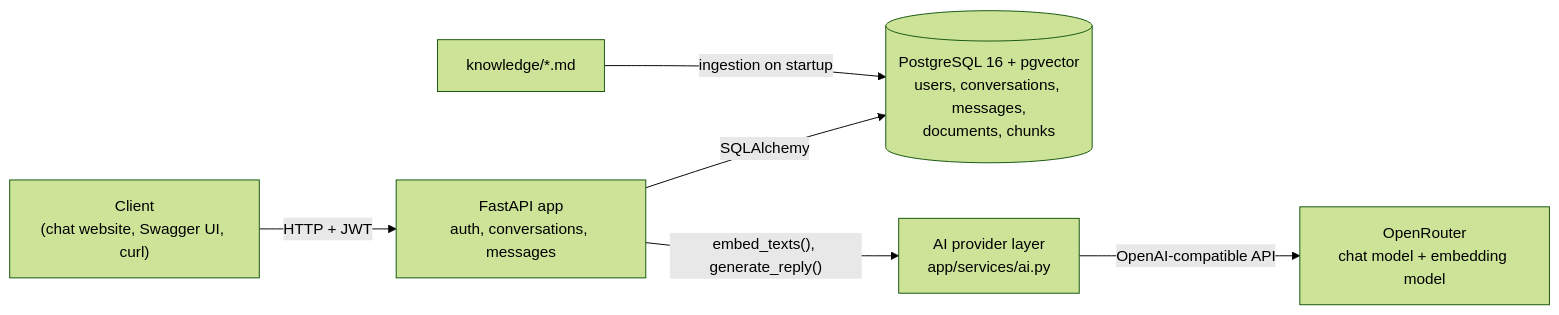
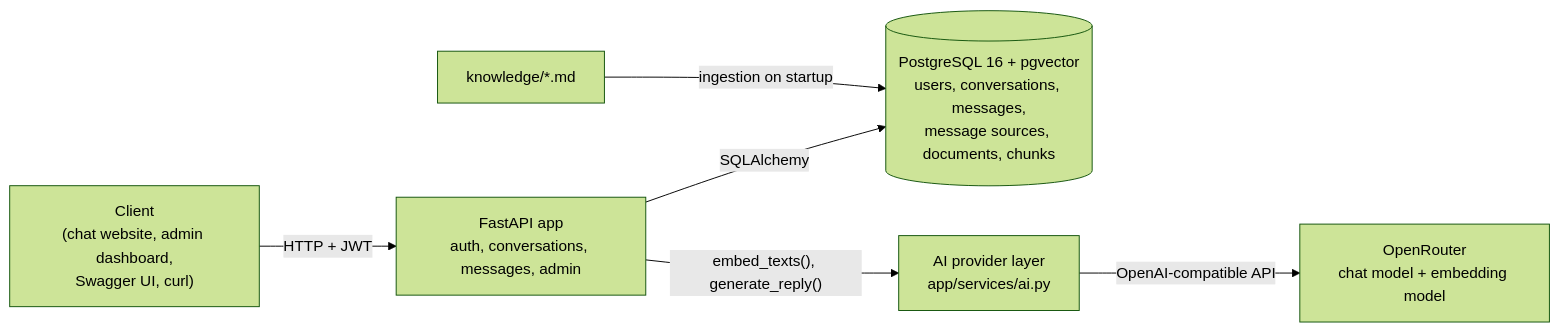
One commit to Techy-Pabs/shopassist changed the diagram in README.md. Above: the diagram before and after it, drawn with Mermaid (forest theme). The commit also changed other lines of this file and 5 other files, not shown here.

````diff
--- a/README.md
+++ b/README.md
@@ -63,15 +212,15 @@
 ```mermaid
 flowchart LR
-    Client["Client<br/>(chat website, Swagger UI, curl)"]
-    API["FastAPI app<br/>auth, conversations, messages"]
-    DB[("PostgreSQL 16 + pgvector<br/>users, conversations, messages,<br/>documents, chunks")]
+    Client["Client<br/>(chat website, admin dashboard,<br/>Swagger UI, curl)"]
+    API["FastAPI app<br/>auth, conversations, messages, admin"]
+    DB[("PostgreSQL 16 + pgvector<br/>users, conversations, messages,<br/>message sources, documents, chunks")]
     AILayer["AI provider layer<br/>app/services/ai.py"]
     OpenRouter["OpenRouter<br/>chat model + embedding model"]
     Files["knowledge/*.md"]
 
     Client -- "HTTP + JWT" --> API
     API -- "SQLAlchemy" --> DB
     API -- "embed_texts(), generate_reply()" --> AILayer
     AILayer -- "OpenAI-compatible API" --> OpenRouter
     Files -- "ingestion on startup" --> DB
 ```
````
